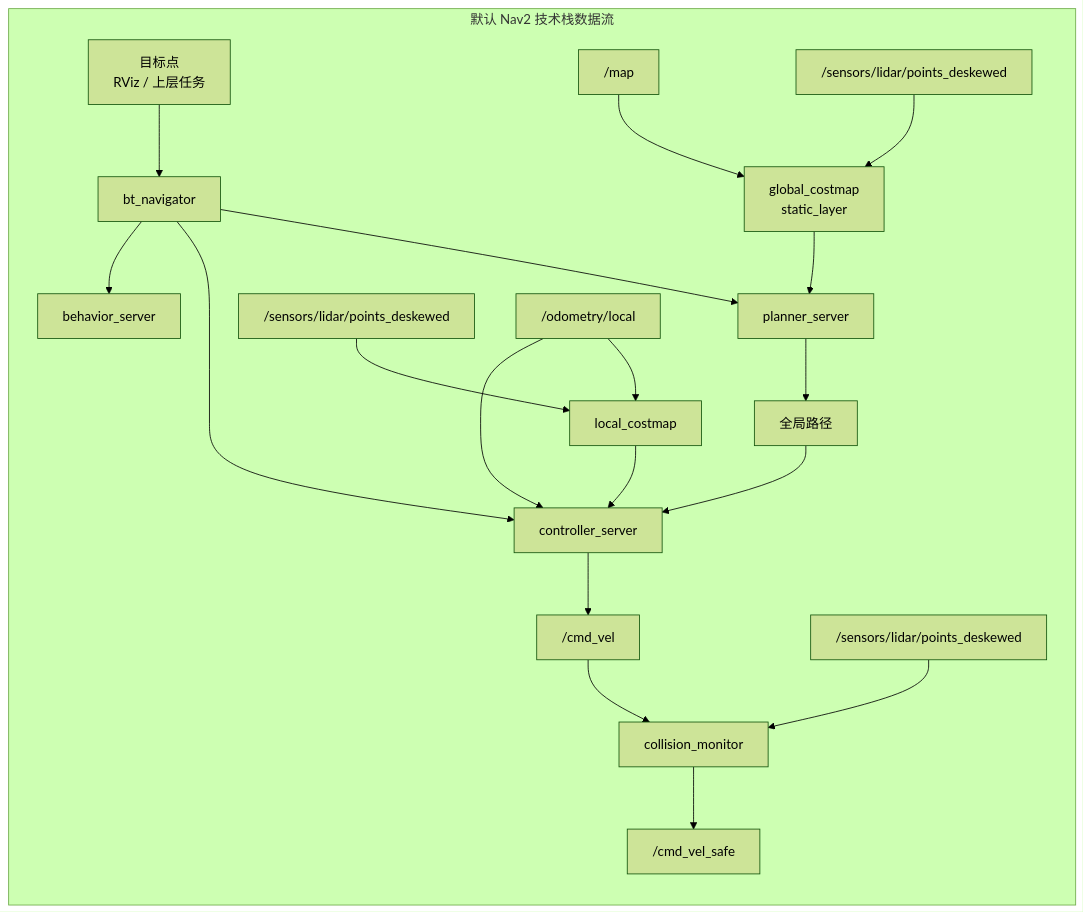
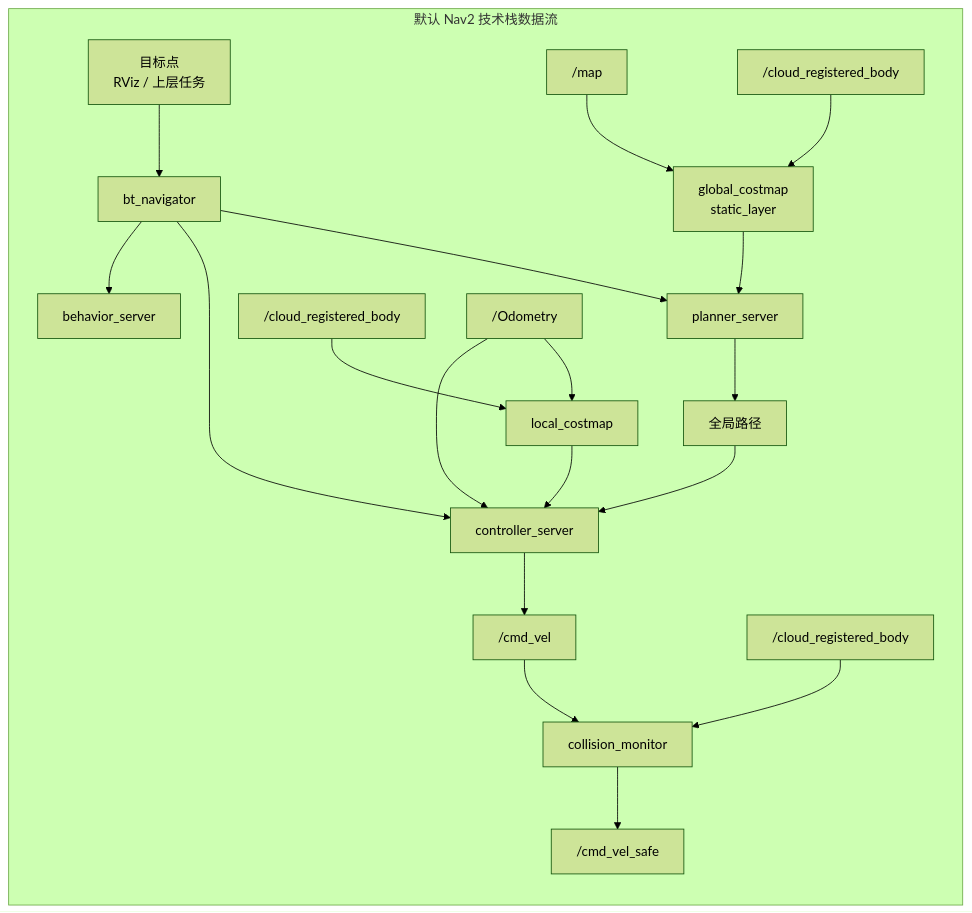
One commit to aqing520/rtab-ros2 changed the third of 3 diagrams in README_NAV.md. Above: the diagram before and after it, drawn with Mermaid (forest theme). The commit also changed other lines of this file and 118 other files, not shown here.

Commit message:
重构建图链路代码

````diff
--- a/README_NAV.md
+++ b/README_NAV.md
@@ -118,25 +115,25 @@
 ```mermaid
 flowchart LR
     subgraph B["默认 Nav2 技术栈数据流"]
         GOAL["目标点\nRViz / 上层任务"] --> BTN["bt_navigator"]
         BTN --> PLANNER["planner_server"]
         BTN --> CONTROLLER["controller_server"]
         BTN --> BEHAVIOR["behavior_server"]
 
         MAP["/map"] --> GLOBAL["global_costmap\nstatic_layer"]
-        CLOUD1["/sensors/lidar/points_deskewed"] --> GLOBAL
-        CLOUD2["/sensors/lidar/points_deskewed"] --> LOCAL["local_costmap"]
-        ODOM["/odometry/local"] --> LOCAL
+        CLOUD1["/cloud_registered_body"] --> GLOBAL
+        CLOUD2["/cloud_registered_body"] --> LOCAL["local_costmap"]
+        ODOM["/Odometry"] --> LOCAL
         ODOM --> CONTROLLER
 
         GLOBAL --> PLANNER
         PLANNER --> PATH["全局路径"]
         PATH --> CONTROLLER
         LOCAL --> CONTROLLER
 
         CONTROLLER --> CMD["/cmd_vel"]
-        CLOUD3["/sensors/lidar/points_deskewed"] --> CM["collision_monitor"]
+        CLOUD3["/cloud_registered_body"] --> CM["collision_monitor"]
         CMD --> CM
         CM --> SAFE["/cmd_vel_safe"]
     end
 ```
````
